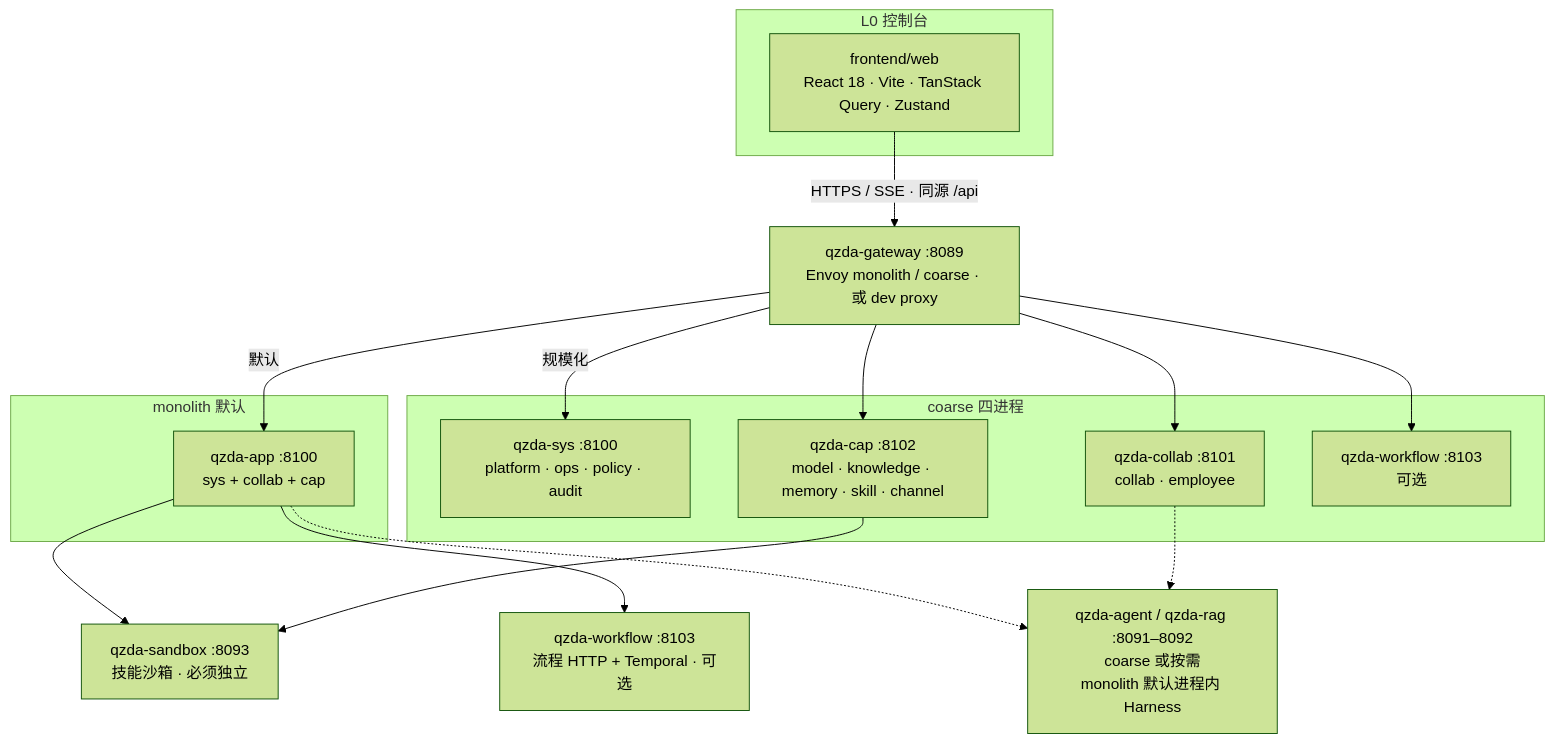
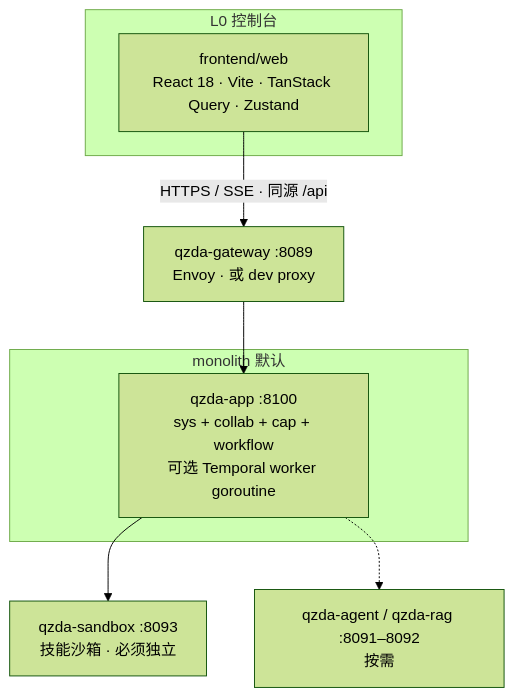
Before and after one commit to Lianjifu/QiZhiDaPartnerPlatform: the third of 5 diagrams in README.md, drawn with Mermaid (forest theme). The commit also changed other lines of this file and 131 other files, not shown here.

First line of the commit message:
refactor(monolith): M10 — collapse qzda-{sys,collab,cap,workflow,audit,policy} into qzda-app

````diff
--- a/README.md
+++ b/README.md
@@ -377,37 +368,21 @@
 ```mermaid
 flowchart TB
   subgraph Console["L0 控制台"]
     FE["frontend/web<br/>React 18 · Vite · TanStack Query · Zustand"]
   end
 
-  GW["qzda-gateway :8089<br/>Envoy monolith / coarse · 或 dev proxy"]
+  GW["qzda-gateway :8089<br/>Envoy · 或 dev proxy"]
 
   FE -->|"HTTPS / SSE · 同源 /api"| GW
 
   subgraph Mono["monolith 默认"]
-    APP["qzda-app :8100<br/>sys + collab + cap"]
-  end
-
-  subgraph Coarse["coarse 四进程"]
-    SYS["qzda-sys :8100<br/>platform · ops · policy · audit"]
-    COL["qzda-collab :8101<br/>collab · employee"]
-    CAP["qzda-cap :8102<br/>model · knowledge · memory · skill · channel"]
-    WFc["qzda-workflow :8103<br/>可选"]
+    APP["qzda-app :8100<br/>sys + collab + cap + workflow<br/>可选 Temporal worker goroutine"]
   end
 
   SKILL["qzda-sandbox :8093<br/>技能沙箱 · 必须独立"]
-  WFm["qzda-workflow :8103<br/>流程 HTTP + Temporal · 可选"]
-  AI["qzda-agent / qzda-rag :8091–8092<br/>coarse 或按需<br/>monolith 默认进程内 Harness"]
+  AI["qzda-agent / qzda-rag :8091–8092<br/>按需"]
 
-  GW -->|"默认"| APP
-  GW -->|"规模化"| SYS
-  GW --> COL
-  GW --> CAP
-  GW --> WFc
-
+  GW --> APP
   APP --> SKILL
-  APP --> WFm
   APP -.-> AI
-  CAP --> SKILL
-  COL -.-> AI
 ```
````
